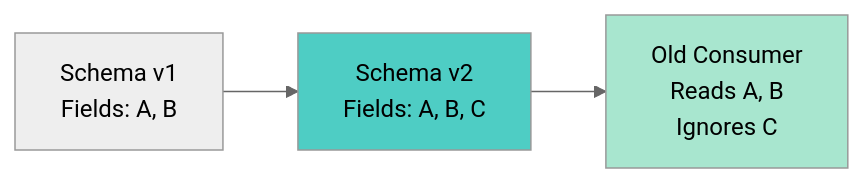
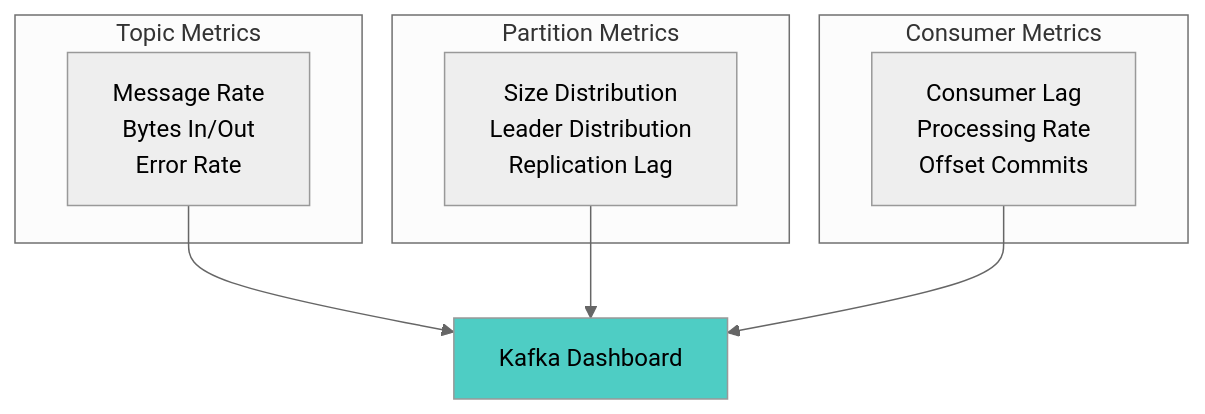
Before and after one commit to vorrawut/KafkaStarter: the fourth of 4 diagrams in class/workshop/lesson_5/README.md, drawn with Mermaid (neutral theme). The commit also changed other lines of this file and 204 other files, not shown here.

````diff
--- a/class/workshop/lesson_5/README.md
+++ b/class/workshop/lesson_5/README.md
@@ -186,8 +225,20 @@
 ```mermaid
-graph LR
-    V1[Schema v1<br/>Fields: A, B] --> V2[Schema v2<br/>Fields: A, B, C]
-    V2 --> OLD[Old Consumer<br/>Reads A, B<br/>Ignores C]
+graph TB
+    subgraph "Topic Metrics"
+        TM[Message Rate<br/>Bytes In/Out<br/>Error Rate]
+    end
     
-    style V2 fill:#4ecdc4
-    style OLD fill:#a8e6cf
+    subgraph "Partition Metrics"
+        PM[Size Distribution<br/>Leader Distribution<br/>Replication Lag]
+    end
+    
+    subgraph "Consumer Metrics"
+        CM[Consumer Lag<br/>Processing Rate<br/>Offset Commits]
+    end
+    
+    TM --> DASHBOARD[Kafka Dashboard]
+    PM --> DASHBOARD
+    CM --> DASHBOARD
+    
+    style DASHBOARD fill:#4ecdc4
 ```
````
